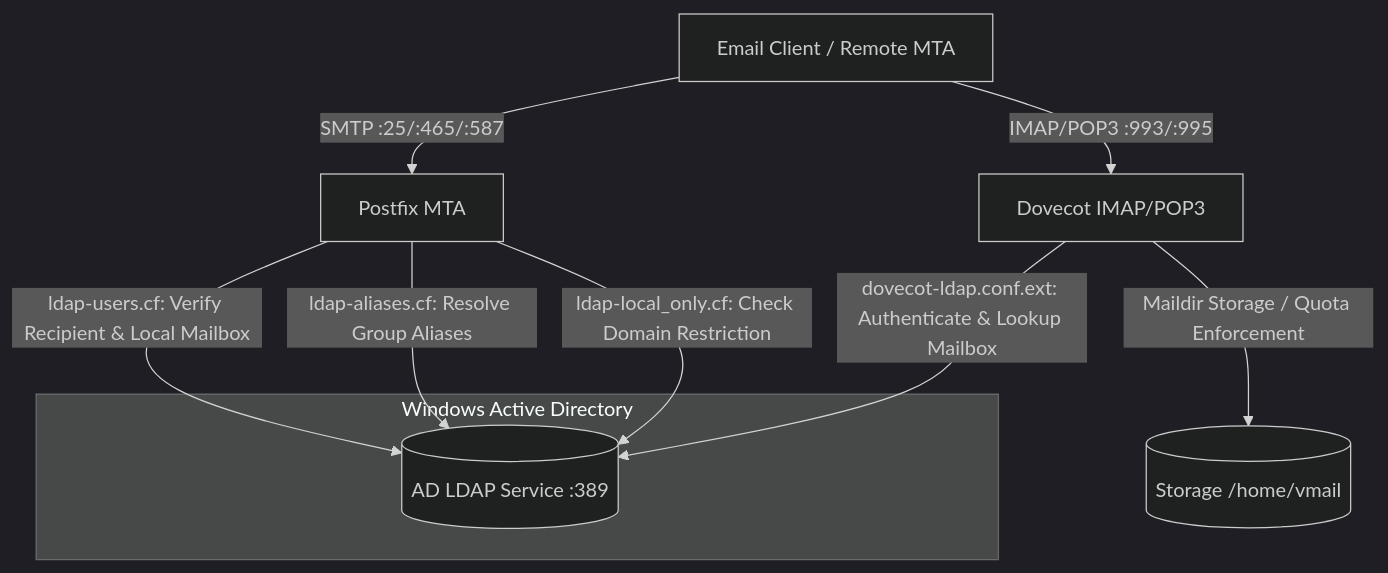
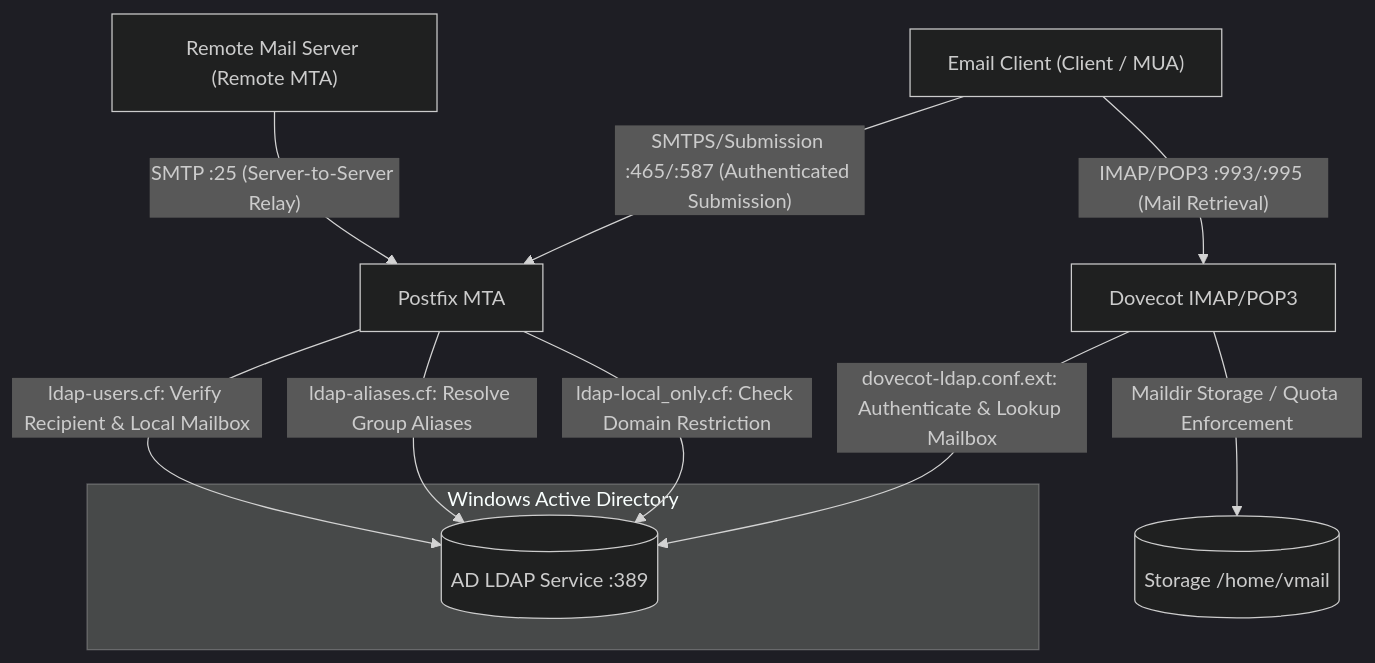
One commit to WilliamFromTW/docker-Postfix-AD changed the first of 3 diagrams in ARCHITECTURE.md. Above: the diagram before and after it, drawn with Mermaid (dark theme). The commit also changed 4 other files, not shown here.

Commit message:
docs: separate Port 25 server relay and Port 465/587 client submission in architecture diagrams

````diff
--- a/ARCHITECTURE.md
+++ b/ARCHITECTURE.md
@@ -21,15 +21,16 @@
 ```mermaid
 graph TD
-    Client["Email Client / Remote MTA"] -->|SMTP :25/:465/:587| Postfix["Postfix MTA"]
-    Client -->|IMAP/POP3 :993/:995| Dovecot["Dovecot IMAP/POP3"]
+    RemoteMTA["Remote Mail Server (Remote MTA)"] -->|"SMTP :25 (Server-to-Server Relay)"| Postfix["Postfix MTA"]
+    Client["Email Client (Client / MUA)"] -->|"SMTPS/Submission :465/:587 (Authenticated Submission)"| Postfix
+    Client -->|"IMAP/POP3 :993/:995 (Mail Retrieval)"| Dovecot["Dovecot IMAP/POP3"]
     
     subgraph AD_DC ["Windows Active Directory"]
         AD[("AD LDAP Service :389")]
     end
 
     Postfix -->|ldap-users.cf: Verify Recipient & Local Mailbox| AD
     Postfix -->|ldap-aliases.cf: Resolve Group Aliases| AD
     Postfix -->|ldap-local_only.cf: Check Domain Restriction| AD
     Dovecot -->|dovecot-ldap.conf.ext: Authenticate & Lookup Mailbox| AD
     Dovecot -->|Maildir Storage / Quota Enforcement| VMail[("Storage /home/vmail")]
 ```
````
